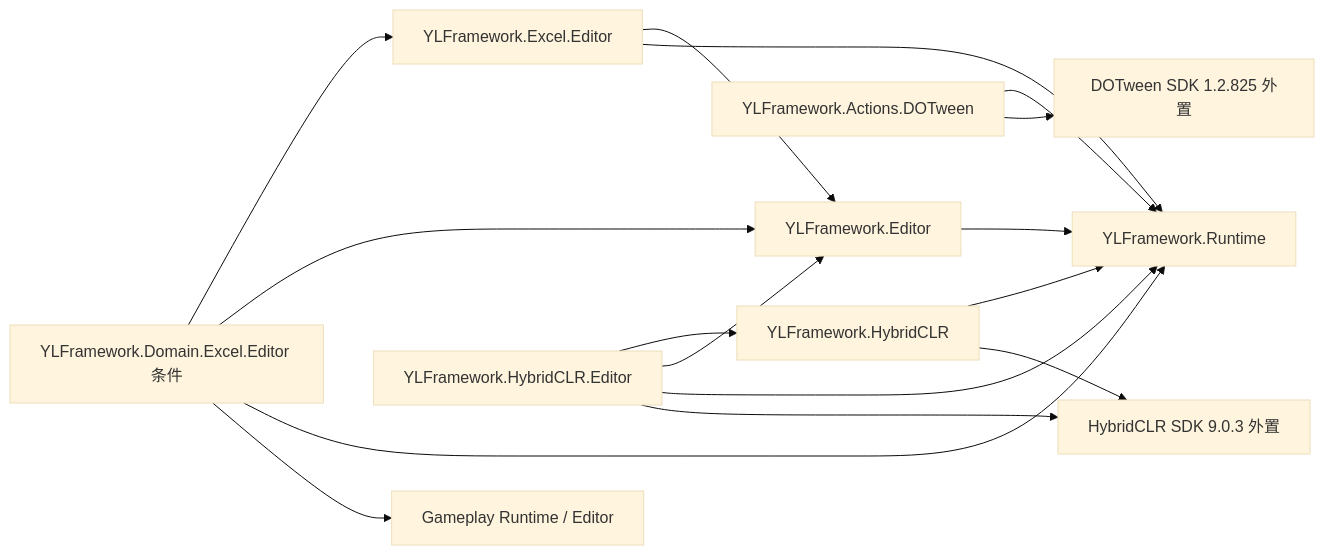
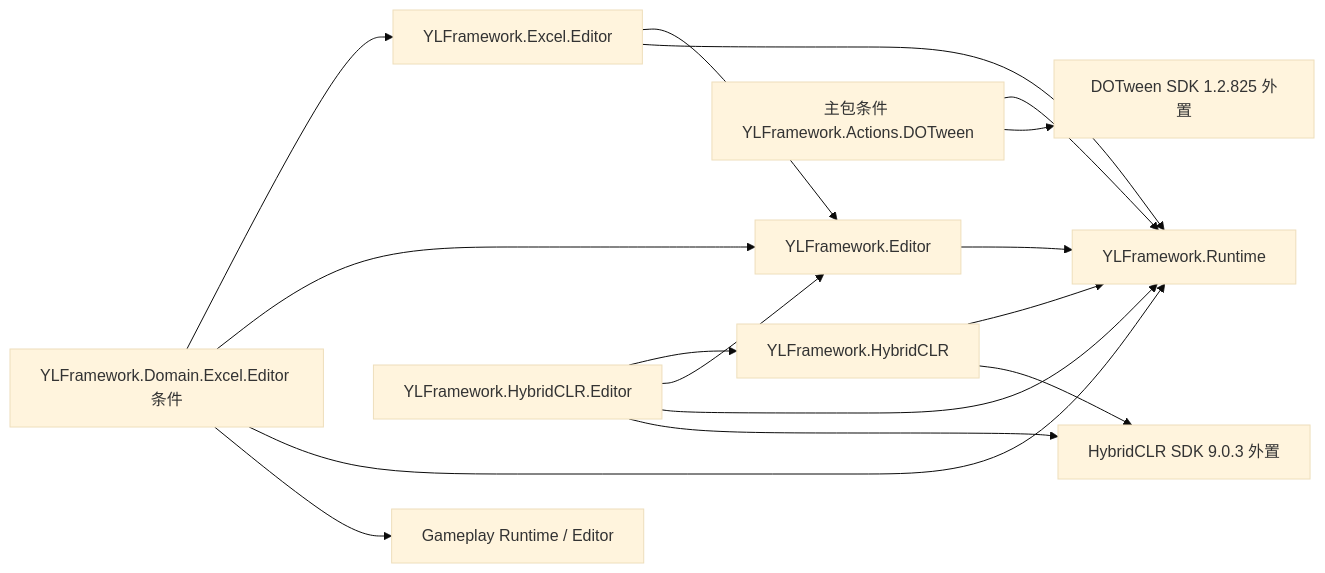
One commit to KONOK-A/YLFramework-dev changed the diagram in README.md. Above: the diagram before and after it, drawn with Mermaid (base theme). The commit also changed other lines of this file and 49 other files, not shown here.

````diff
--- a/README.md
+++ b/README.md
@@ -33,18 +32,18 @@
 ```mermaid
 flowchart LR
     Editor[YLFramework.Editor] --> Runtime[YLFramework.Runtime]
-    DOTween[YLFramework.Actions.DOTween] --> Runtime
+    DOTween[主包条件 YLFramework.Actions.DOTween] --> Runtime
     DOTween --> DOTweenSDK[DOTween SDK 1.2.825 外置]
     Excel[YLFramework.Excel.Editor] --> Editor
     Excel --> Runtime
     DomainExcel[YLFramework.Domain.Excel.Editor 条件] --> Excel
     DomainExcel --> Editor
     DomainExcel --> Runtime
     DomainExcel --> Gameplay[Gameplay Runtime / Editor]
     HybridCLREditor[YLFramework.HybridCLR.Editor] --> HybridCLR[YLFramework.HybridCLR]
     HybridCLREditor --> Editor
     HybridCLREditor --> Runtime
     HybridCLR --> Runtime
     HybridCLREditor --> HybridCLRSDK[HybridCLR SDK 9.0.3 外置]
     HybridCLR --> HybridCLRSDK
 ```
````
